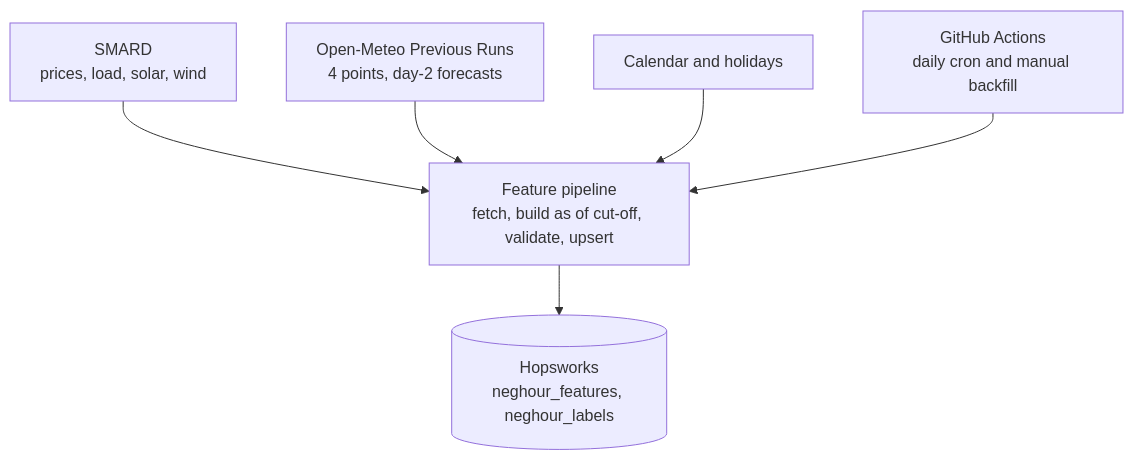
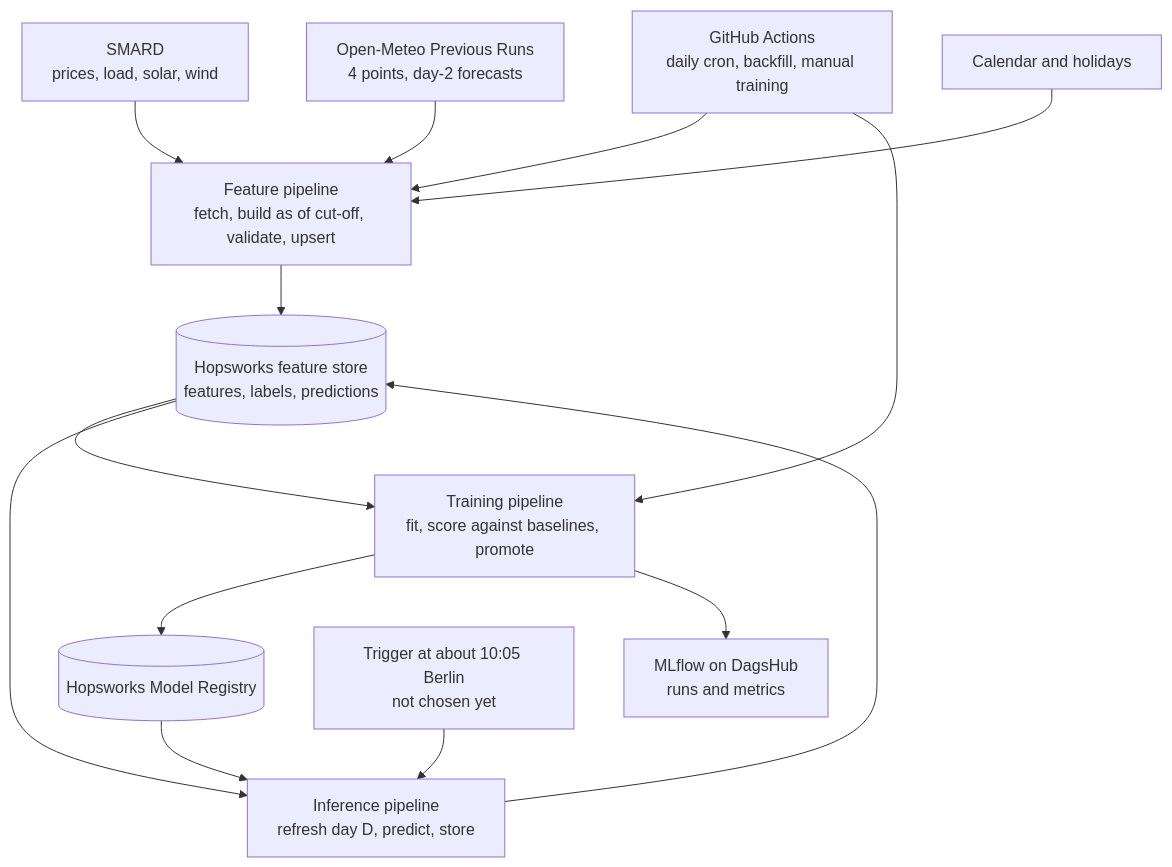
Before and after one commit to CorsinAI/MLOPS-Project-HSLU-HS-26: the diagram in README.md, drawn with Mermaid. The commit also changed other lines of this file and 6 other files, not shown here.

````diff
--- a/README.md
+++ b/README.md
@@ -45,9 +46,17 @@
 ```mermaid
 flowchart TD
     S1[SMARD<br/>prices, load, solar, wind] --> FP
     S2[Open-Meteo Previous Runs<br/>4 points, day-2 forecasts] --> FP
     S3[Calendar and holidays] --> FP
     FP[Feature pipeline<br/>fetch, build as of cut-off, validate, upsert] --> FS
-    FS[(Hopsworks<br/>neghour_features, neghour_labels)]
-    GH[GitHub Actions<br/>daily cron and manual backfill] --> FP
+    FS[(Hopsworks feature store<br/>features, labels, predictions)]
+    FS --> TP[Training pipeline<br/>fit, score against baselines, promote]
+    TP --> MR[(Hopsworks Model Registry)]
+    TP --> ML[MLflow on DagsHub<br/>runs and metrics]
+    MR --> IP[Inference pipeline<br/>refresh day D, predict, store]
+    FS --> IP
+    IP --> FS
+    GH[GitHub Actions<br/>daily cron, backfill, manual training] --> FP
+    GH --> TP
+    TR[Trigger at about 10:05 Berlin<br/>not chosen yet] --> IP
 ```
````
